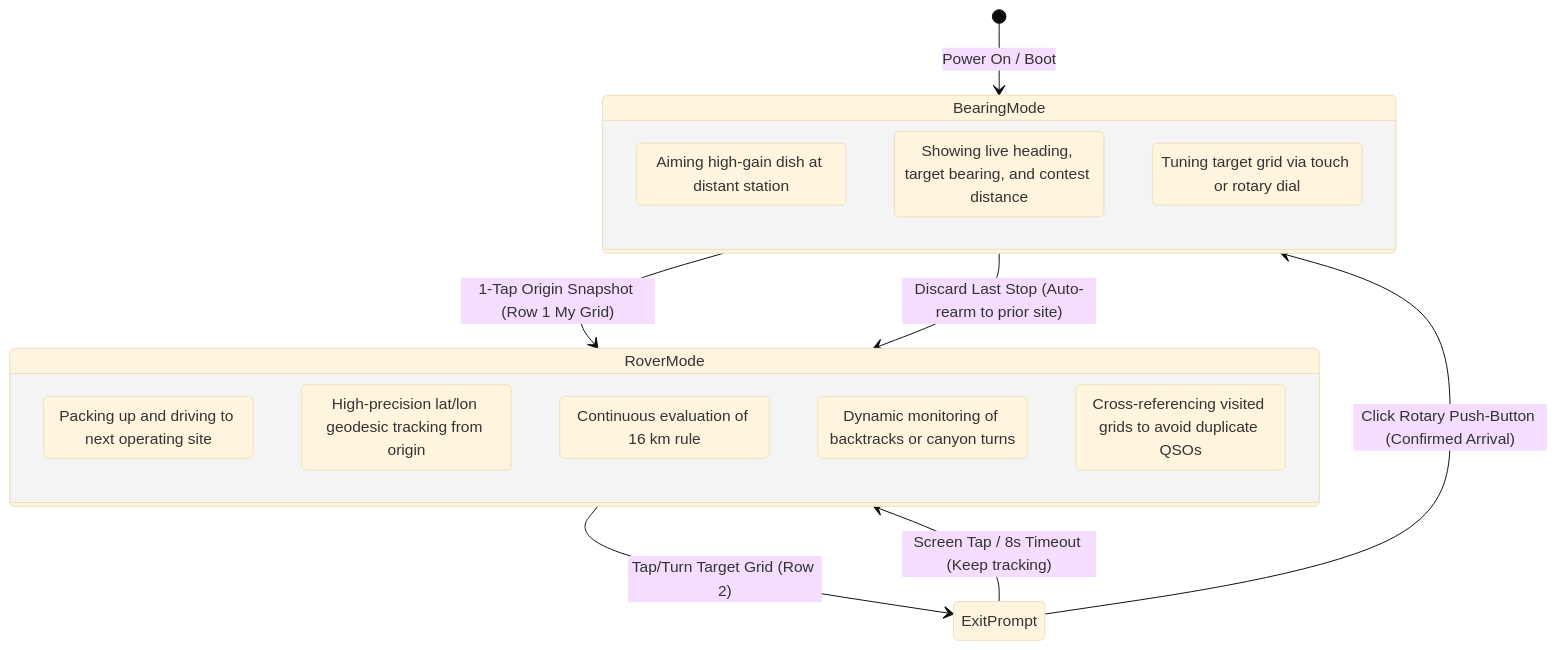
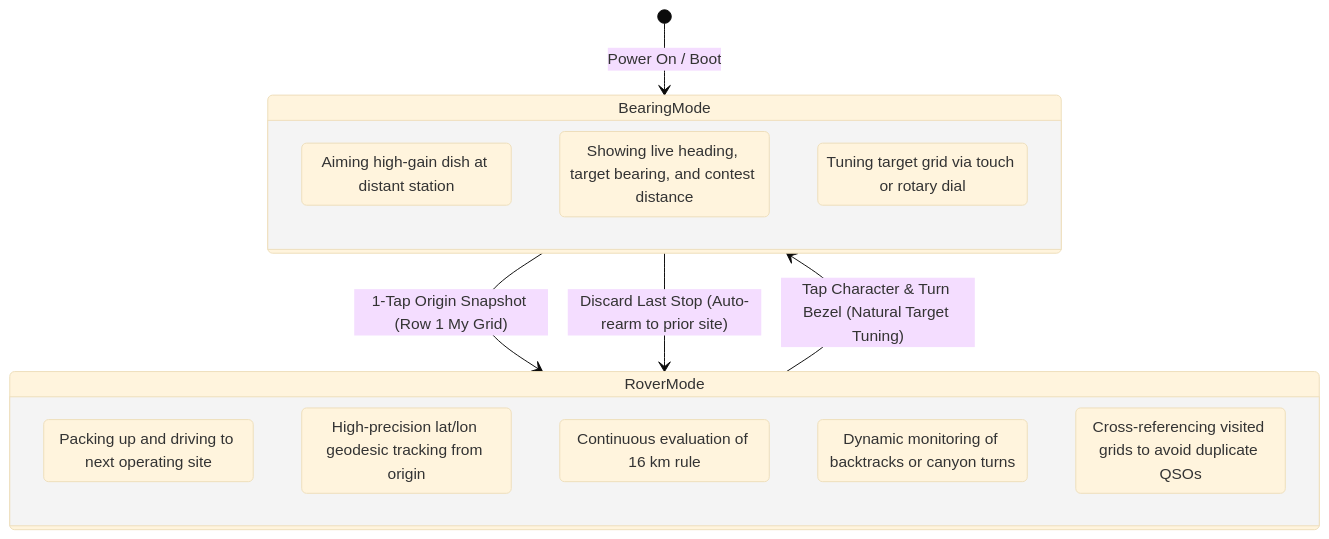
The diagram in docs/design/rover-transit/DESIGN.md (cwiskng-max/GNSS_compass), drawn with Mermaid (base theme) before and after one commit. The commit also changed other lines of this file, not shown here.

Commit message:
docs(design): specify natural 2-step targeting transition (tap + turn bezel) to exit rover mode

````diff
--- a/docs/design/rover-transit/DESIGN.md
+++ b/docs/design/rover-transit/DESIGN.md
@@ -15,26 +15,24 @@
 ```mermaid
 stateDiagram-v2
     [*] --> BearingMode : Power On / Boot
 
     state BearingMode {
         direction TB
         BM_Target : Aiming high-gain dish at distant station
         BM_Display : Showing live heading, target bearing, and contest distance
         BM_Edit : Tuning target grid via touch or rotary dial
     }
 
     state RoverMode {
         direction TB
         RM_Tracking : Packing up and driving to next operating site
         RM_Distance : High-precision lat/lon geodesic tracking from origin
         RM_Rules : Continuous evaluation of 16 km rule
         RM_Backtrack : Dynamic monitoring of backtracks or canyon turns
         RM_History : Cross-referencing visited grids to avoid duplicate QSOs
     }
 
     BearingMode --> RoverMode : 1-Tap Origin Snapshot (Row 1 My Grid)
-    RoverMode --> ExitPrompt : Tap/Turn Target Grid (Row 2)
-    ExitPrompt --> BearingMode : Click Rotary Push-Button (Confirmed Arrival)
-    ExitPrompt --> RoverMode : Screen Tap / 8s Timeout (Keep tracking)
+    RoverMode --> BearingMode : Tap Character & Turn Bezel (Natural Target Tuning)
     BearingMode --> RoverMode : Discard Last Stop (Auto-rearm to prior site)
 ```
````
